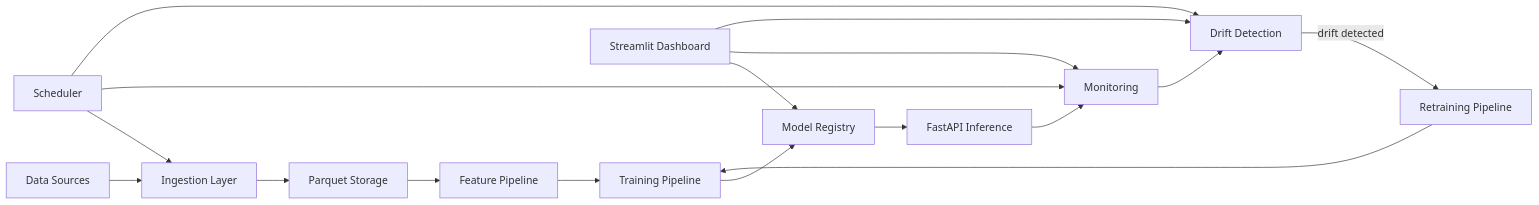
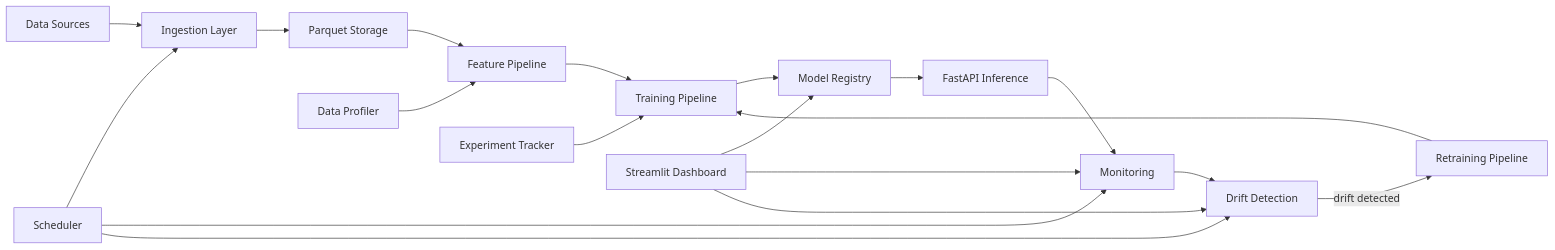
The diagram in README.md (darunr1/Scalable-Machine-Learning-Pipeline), drawn with Mermaid before and after one commit. The commit also changed other lines of this file and 15 other files, not shown here.

````diff
--- a/README.md
+++ b/README.md
@@ -17,19 +15,21 @@
 ```mermaid
 graph LR
     A[Data Sources] --> B[Ingestion Layer]
     B --> C[Parquet Storage]
     C --> D[Feature Pipeline]
     D --> E[Training Pipeline]
     E --> F[Model Registry]
     F --> G[FastAPI Inference]
     G --> H[Monitoring]
     H --> I[Drift Detection]
     I -->|drift detected| J[Retraining Pipeline]
     J --> E
     K[Scheduler] --> B
     K --> H
     K --> I
     L[Streamlit Dashboard] --> F
     L --> H
     L --> I
+    M[Experiment Tracker] --> E
+    N[Data Profiler] --> D
 ```
````
